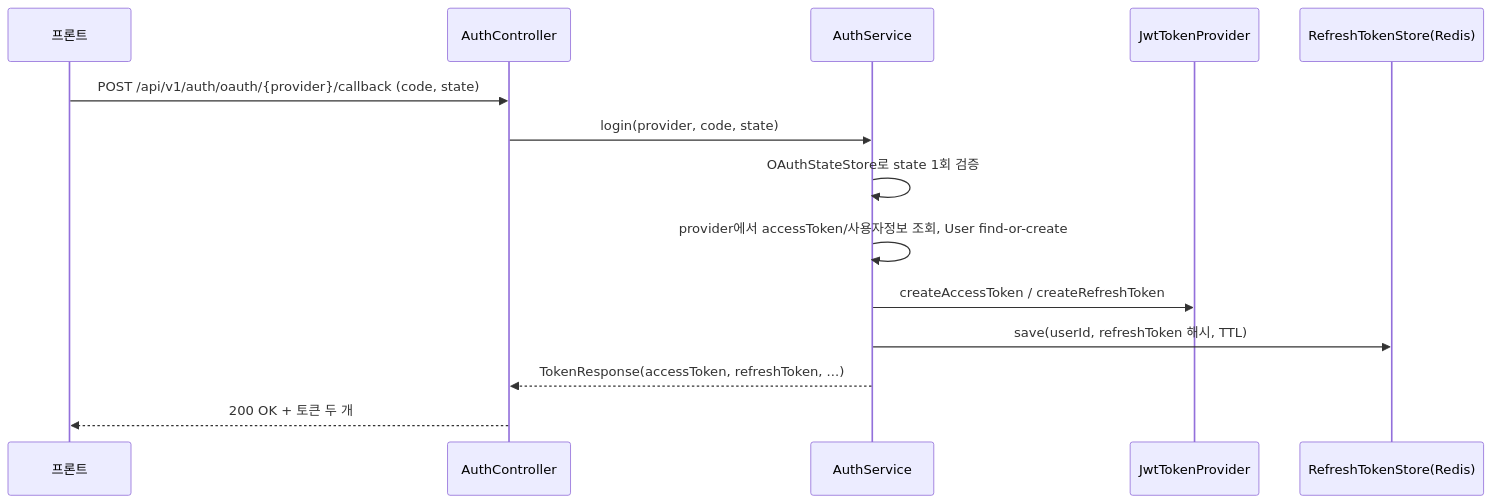
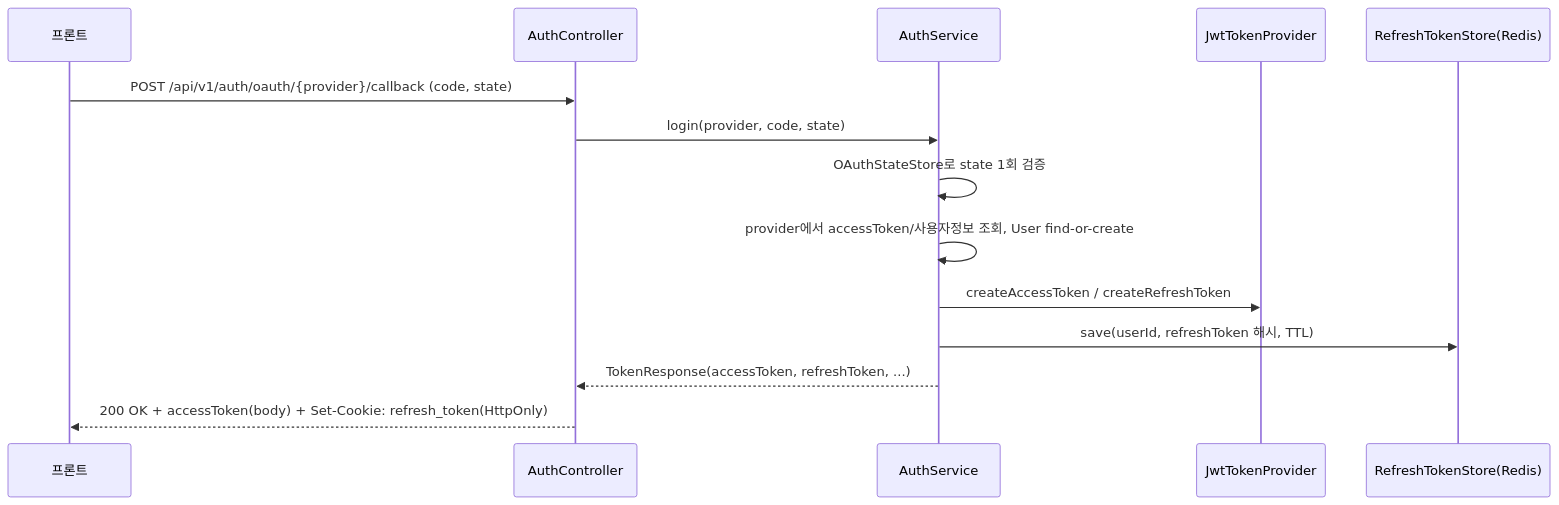
The first of 3 diagrams in docs/spring-request-processing-and-jwt-auth.md (YouthPick/back-end), drawn with Mermaid before and after one commit. The commit also changed other lines of this file and 12 other files, not shown here.

First line of the commit message:
refac: refresh token을 HttpOnly 쿠키로 전달

````diff
--- a/docs/spring-request-processing-and-jwt-auth.md
+++ b/docs/spring-request-processing-and-jwt-auth.md
@@ -104,17 +104,17 @@
 ```mermaid
 sequenceDiagram
     participant FE as 프론트
     participant AC as AuthController
     participant AS as AuthService
     participant JTP as JwtTokenProvider
     participant RTS as RefreshTokenStore(Redis)
 
     FE->>AC: POST /api/v1/auth/oauth/{provider}/callback (code, state)
     AC->>AS: login(provider, code, state)
     AS->>AS: OAuthStateStore로 state 1회 검증
     AS->>AS: provider에서 accessToken/사용자정보 조회, User find-or-create
     AS->>JTP: createAccessToken / createRefreshToken
     AS->>RTS: save(userId, refreshToken 해시, TTL)
     AS-->>AC: TokenResponse(accessToken, refreshToken, ...)
-    AC-->>FE: 200 OK + 토큰 두 개
+    AC-->>FE: 200 OK + accessToken(body) + Set-Cookie: refresh_token(HttpOnly)
 ```
````
